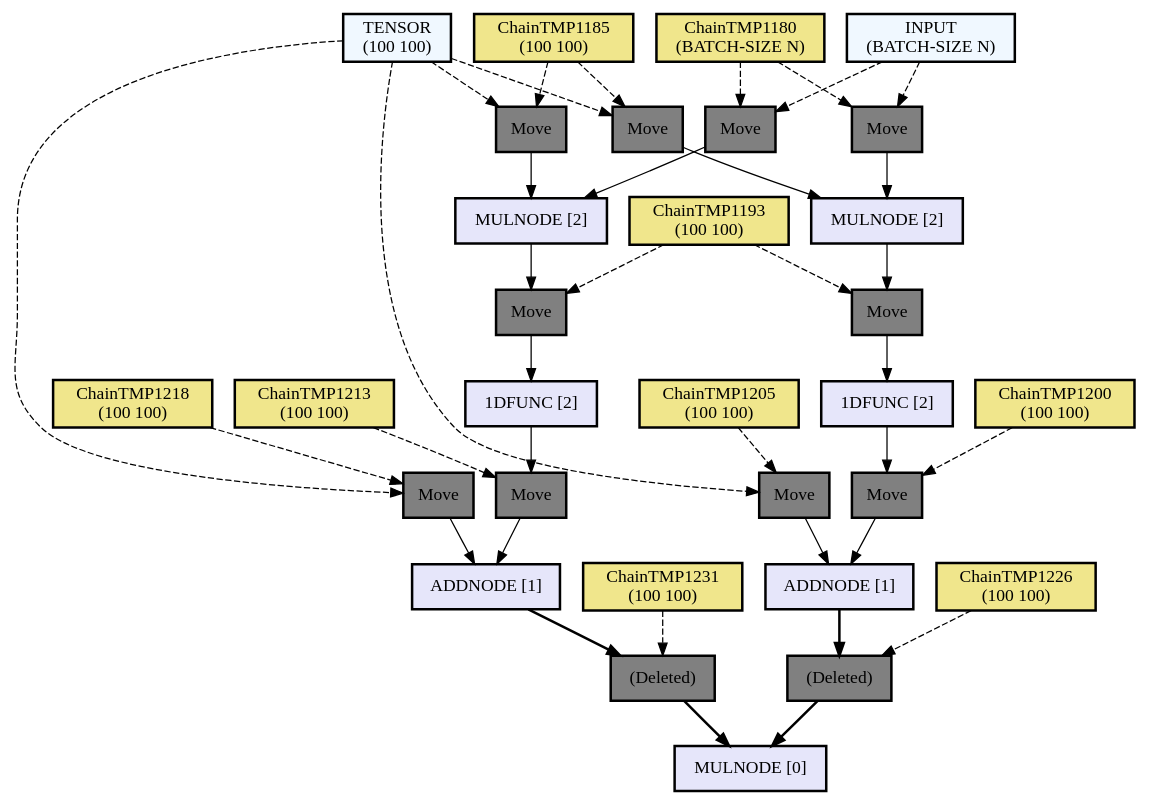
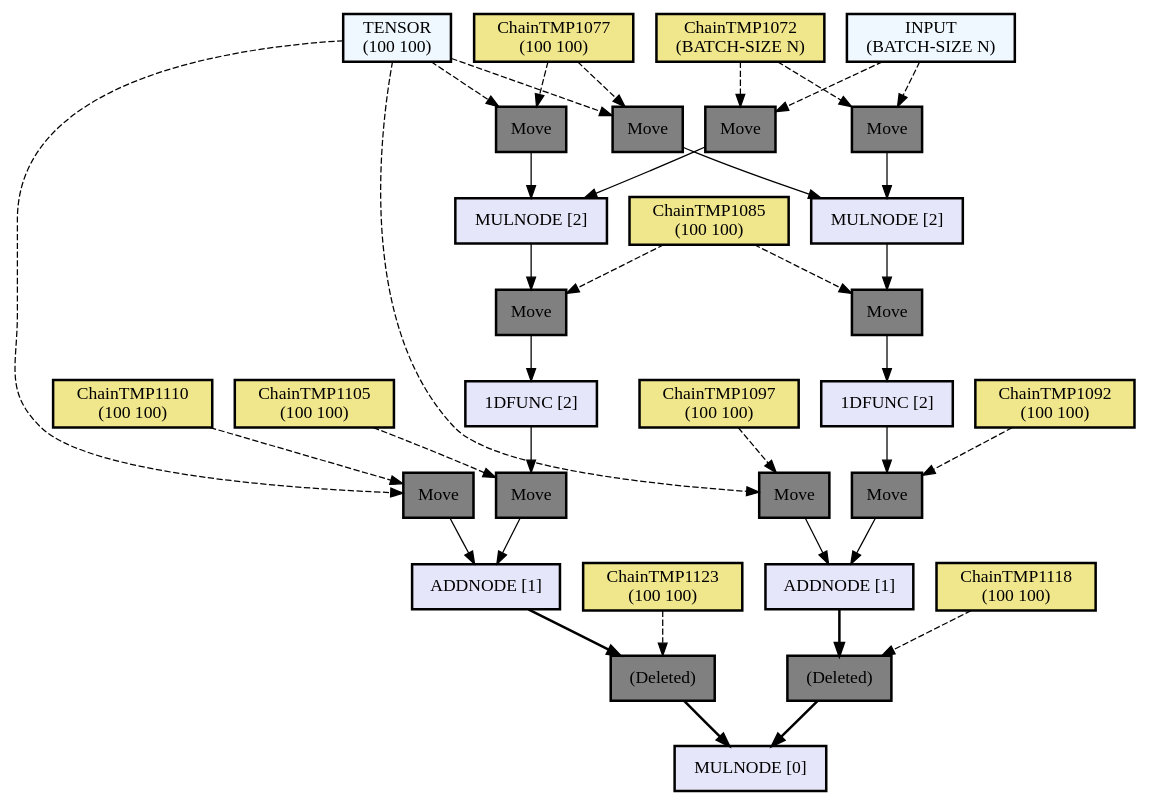
The diagram in assets/out2.dot (hikettei/cl-waffe2), drawn with Graphviz before and after one commit. The commit also changed 12 other files, not shown here.

```diff
--- a/assets/out2.dot
+++ b/assets/out2.dot
@@ -1,94 +1,94 @@
 digraph computation_node {
   node[shape="box" style="filled" color="black" penwidth="2"];
   TENSOR [label = "TENSOR
 (100 100)" fillcolor="#f0f8ff" style="filled, solid"];
-  ChainTMP1218 [label = "ChainTMP1218
+  ChainTMP1110 [label = "ChainTMP1110
 (100 100)" fillcolor="#f0e68c" style="filled, solid"];
-  NODE1300 [label = "Move" fillcolor="gray" style="filled, solid"];
+  NODE1192 [label = "Move" fillcolor="gray" style="filled, solid"];
   TENSOR [label = "TENSOR
 (100 100)" fillcolor="#f0f8ff" style="filled, solid"];
-  ChainTMP1185 [label = "ChainTMP1185
+  ChainTMP1077 [label = "ChainTMP1077
 (100 100)" fillcolor="#f0e68c" style="filled, solid"];
-  NODE1297 [label = "Move" fillcolor="gray" style="filled, solid"];
+  NODE1189 [label = "Move" fillcolor="gray" style="filled, solid"];
   INPUT [label = "INPUT
 (BATCH-SIZE N)" fillcolor="#f0f8ff" style="filled, solid"];
-  ChainTMP1180 [label = "ChainTMP1180
+  ChainTMP1072 [label = "ChainTMP1072
 (BATCH-SIZE N)" fillcolor="#f0e68c" style="filled, solid"];
-  NODE1294 [label = "Move" fillcolor="gray" style="filled, solid"];
-  NODE1293 [label = "MULNODE [2]" fillcolor="#e6e6fa" style="filled, solid"];
-  ChainTMP1193 [label = "ChainTMP1193
+  NODE1186 [label = "Move" fillcolor="gray" style="filled, solid"];
+  NODE1185 [label = "MULNODE [2]" fillcolor="#e6e6fa" style="filled, solid"];
+  ChainTMP1085 [label = "ChainTMP1085
 (100 100)" fillcolor="#f0e68c" style="filled, solid"];
-  NODE1291 [label = "Move" fillcolor="gray" style="filled, solid"];
-  NODE1290 [label = "1DFUNC [2]" fillcolor="#e6e6fa" style="filled, solid"];
-  ChainTMP1213 [label = "ChainTMP1213
+  NODE1183 [label = "Move" fillcolor="gray" style="filled, solid"];
+  NODE1182 [label = "1DFUNC [2]" fillcolor="#e6e6fa" style="filled, solid"];
+  ChainTMP1105 [label = "ChainTMP1105
 (100 100)" fillcolor="#f0e68c" style="filled, solid"];
-  NODE1288 [label = "Move" fillcolor="gray" style="filled, solid"];
-  NODE1287 [label = "ADDNODE [1]" fillcolor="#e6e6fa" style="filled, solid"];
-  ChainTMP1231 [label = "ChainTMP1231
+  NODE1180 [label = "Move" fillcolor="gray" style="filled, solid"];
+  NODE1179 [label = "ADDNODE [1]" fillcolor="#e6e6fa" style="filled, solid"];
+  ChainTMP1123 [label = "ChainTMP1123
 (100 100)" fillcolor="#f0e68c" style="filled, solid"];
-  NODE1285 [label = "(Deleted)" fillcolor="gray" style="filled, solid"];
+  NODE1177 [label = "(Deleted)" fillcolor="gray" style="filled, solid"];
   TENSOR [label = "TENSOR
 (100 100)" fillcolor="#f0f8ff" style="filled, solid"];
-  ChainTMP1205 [label = "ChainTMP1205
+  ChainTMP1097 [label = "ChainTMP1097
 (100 100)" fillcolor="#f0e68c" style="filled, solid"];
-  NODE1282 [label = "Move" fillcolor="gray" style="filled, solid"];
+  NODE1174 [label = "Move" fillcolor="gray" style="filled, solid"];
   TENSOR [label = "TENSOR
 (100 100)" fillcolor="#f0f8ff" style="filled, solid"];
-  ChainTMP1185 [label = "ChainTMP1185
+  ChainTMP1077 [label = "ChainTMP1077
 (100 100)" fillcolor="#f0e68c" style="filled, solid"];
-  NODE1279 [label = "Move" fillcolor="gray" style="filled, solid"];
+  NODE1171 [label = "Move" fillcolor="gray" style="filled, solid"];
   INPUT [label = "INPUT
 (BATCH-SIZE N)" fillcolor="#f0f8ff" style="filled, solid"];
-  ChainTMP1180 [label = "ChainTMP1180
+  ChainTMP1072 [label = "ChainTMP1072
 (BATCH-SIZE N)" fillcolor="#f0e68c" style="filled, solid"];
-  NODE1276 [label = "Move" fillcolor="gray" style="filled, solid"];
-  NODE1275 [label = "MULNODE [2]" fillcolor="#e6e6fa" style="filled, solid"];
-  ChainTMP1193 [label = "ChainTMP1193
+  NODE1168 [label = "Move" fillcolor="gray" style="filled, solid"];
+  NODE1167 [label = "MULNODE [2]" fillcolor="#e6e6fa" style="filled, solid"];
+  ChainTMP1085 [label = "ChainTMP1085
 (100 100)" fillcolor="#f0e68c" style="filled, solid"];
-  NODE1273 [label = "Move" fillcolor="gray" style="filled, solid"];
-  NODE1272 [label = "1DFUNC [2]" fillcolor="#e6e6fa" style="filled, solid"];
-  ChainTMP1200 [label = "ChainTMP1200
+  NODE1165 [label = "Move" fillcolor="gray" style="filled, solid"];
+  NODE1164 [label = "1DFUNC [2]" fillcolor="#e6e6fa" style="filled, solid"];
+  ChainTMP1092 [label = "ChainTMP1092
 (100 100)" fillcolor="#f0e68c" style="filled, solid"];
-  NODE1270 [label = "Move" fillcolor="gray" style="filled, solid"];
-  NODE1269 [label = "ADDNODE [1]" fillcolor="#e6e6fa" style="filled, solid"];
-  ChainTMP1226 [label = "ChainTMP1226
+  NODE1162 [label = "Move" fillcolor="gray" style="filled, solid"];
+  NODE1161 [label = "ADDNODE [1]" fillcolor="#e6e6fa" style="filled, solid"];
+  ChainTMP1118 [label = "ChainTMP1118
 (100 100)" fillcolor="#f0e68c" style="filled, solid"];
-  NODE1267 [label = "(Deleted)" fillcolor="gray" style="filled, solid"];
-  NODE1266 [label = "MULNODE [0]" fillcolor="#e6e6fa" style="filled, solid"];
-  NODE1267 -> NODE1266[penwidth="2"];
-  ChainTMP1226 -> NODE1267[style="dashed"];
-  NODE1269 -> NODE1267[penwidth="2"];
-  NODE1270 -> NODE1269[weight=10];
-  ChainTMP1200 -> NODE1270[style="dashed"];
-  NODE1272 -> NODE1270[weight=10];
-  NODE1273 -> NODE1272[weight=10];
-  ChainTMP1193 -> NODE1273[style="dashed"];
-  NODE1275 -> NODE1273[weight=10];
-  NODE1276 -> NODE1275[weight=10];
-  ChainTMP1180 -> NODE1276[style="dashed"];
-  INPUT -> NODE1276[style="dashed"];
-  NODE1279 -> NODE1275[weight=10];
-  ChainTMP1185 -> NODE1279[style="dashed"];
-  TENSOR -> NODE1279[style="dashed"];
-  NODE1282 -> NODE1269[weight=10];
-  ChainTMP1205 -> NODE1282[style="dashed"];
-  TENSOR -> NODE1282[style="dashed"];
-  NODE1285 -> NODE1266[penwidth="2"];
-  ChainTMP1231 -> NODE1285[style="dashed"];
-  NODE1287 -> NODE1285[penwidth="2"];
-  NODE1288 -> NODE1287[weight=10];
-  ChainTMP1213 -> NODE1288[style="dashed"];
-  NODE1290 -> NODE1288[weight=10];
-  NODE1291 -> NODE1290[weight=10];
-  ChainTMP1193 -> NODE1291[style="dashed"];
-  NODE1293 -> NODE1291[weight=10];
-  NODE1294 -> NODE1293[weight=10];
-  ChainTMP1180 -> NODE1294[style="dashed"];
-  INPUT -> NODE1294[style="dashed"];
-  NODE1297 -> NODE1293[weight=10];
-  ChainTMP1185 -> NODE1297[style="dashed"];
-  TENSOR -> NODE1297[style="dashed"];
-  NODE1300 -> NODE1287[weight=10];
-  ChainTMP1218 -> NODE1300[style="dashed"];
-  TENSOR -> NODE1300[style="dashed"];
+  NODE1159 [label = "(Deleted)" fillcolor="gray" style="filled, solid"];
+  NODE1158 [label = "MULNODE [0]" fillcolor="#e6e6fa" style="filled, solid"];
+  NODE1159 -> NODE1158[penwidth="2"];
+  ChainTMP1118 -> NODE1159[style="dashed"];
+  NODE1161 -> NODE1159[penwidth="2"];
+  NODE1162 -> NODE1161[weight=10];
+  ChainTMP1092 -> NODE1162[style="dashed"];
+  NODE1164 -> NODE1162[weight=10];
+  NODE1165 -> NODE1164[weight=10];
+  ChainTMP1085 -> NODE1165[style="dashed"];
+  NODE1167 -> NODE1165[weight=10];
+  NODE1168 -> NODE1167[weight=10];
+  ChainTMP1072 -> NODE1168[style="dashed"];
+  INPUT -> NODE1168[style="dashed"];
+  NODE1171 -> NODE1167[weight=10];
+  ChainTMP1077 -> NODE1171[style="dashed"];
+  TENSOR -> NODE1171[style="dashed"];
+  NODE1174 -> NODE1161[weight=10];
+  ChainTMP1097 -> NODE1174[style="dashed"];
+  TENSOR -> NODE1174[style="dashed"];
+  NODE1177 -> NODE1158[penwidth="2"];
+  ChainTMP1123 -> NODE1177[style="dashed"];
+  NODE1179 -> NODE1177[penwidth="2"];
+  NODE1180 -> NODE1179[weight=10];
+  ChainTMP1105 -> NODE1180[style="dashed"];
+  NODE1182 -> NODE1180[weight=10];
+  NODE1183 -> NODE1182[weight=10];
+  ChainTMP1085 -> NODE1183[style="dashed"];
+  NODE1185 -> NODE1183[weight=10];
+  NODE1186 -> NODE1185[weight=10];
+  ChainTMP1072 -> NODE1186[style="dashed"];
+  INPUT -> NODE1186[style="dashed"];
+  NODE1189 -> NODE1185[weight=10];
+  ChainTMP1077 -> NODE1189[style="dashed"];
+  TENSOR -> NODE1189[style="dashed"];
+  NODE1192 -> NODE1179[weight=10];
+  ChainTMP1110 -> NODE1192[style="dashed"];
+  TENSOR -> NODE1192[style="dashed"];
 }
```
